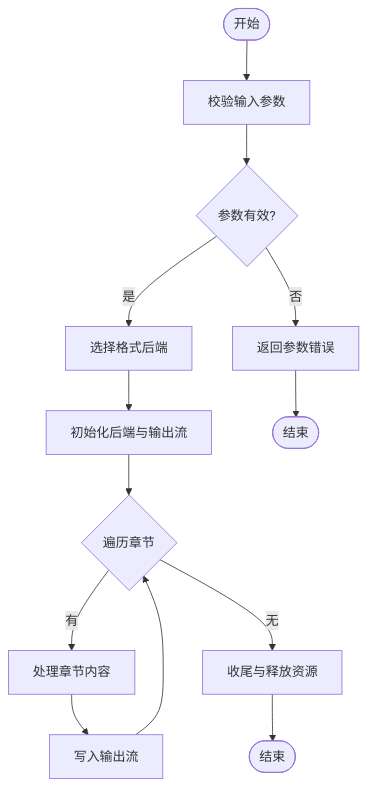
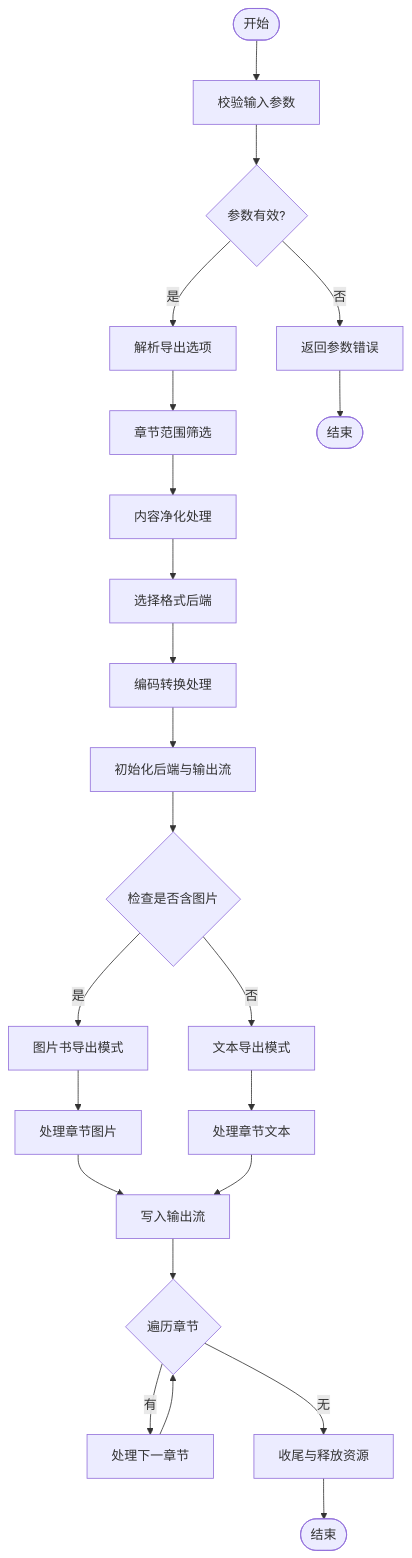
Before and after one commit to ZhangGHGitHub/LegadoTeamFlutter: the fourth of 7 diagrams in .qoder/repowiki/zh/content/书籍处理系统/导出功能.md, drawn with Mermaid. The commit also changed other lines of this file and 173 other files, not shown here.

````diff
--- a/.qoder/repowiki/zh/content/书籍处理系统/导出功能.md
+++ b/.qoder/repowiki/zh/content/书籍处理系统/导出功能.md
@@ -146,15 +273,25 @@
 ```mermaid
 flowchart TD
 Start(["开始"]) --> Validate["校验输入参数"]
 Validate --> Valid{"参数有效?"}
 Valid --> |否| ErrParam["返回参数错误"]
-Valid --> |是| Select["选择格式后端"]
-Select --> Init["初始化后端与输出流"]
-Init --> LoopChapters{"遍历章节"}
-LoopChapters --> |有| Process["处理章节内容"]
-Process --> Write["写入输出流"]
-Write --> LoopChapters
+Valid --> |是| ParseOptions["解析导出选项"]
+ParseOptions --> RangeFilter["章节范围筛选"]
+RangeFilter --> Purify["内容净化处理"]
+Purify --> Select["选择格式后端"]
+Select --> Encode["编码转换处理"]
+Encode --> Init["初始化后端与输出流"]
+Init --> CheckImages{"检查是否含图片"}
+CheckImages --> |是| ImageMode["图片书导出模式"]
+CheckImages --> |否| TextMode["文本导出模式"]
+ImageMode --> ProcessImages["处理章节图片"]
+TextMode --> ProcessText["处理章节文本"]
+ProcessImages --> Write["写入输出流"]
+ProcessText --> Write
+Write --> LoopChapters{"遍历章节"}
+LoopChapters --> |有| Next["处理下一章节"]
 LoopChapters --> |无| Finalize["收尾与释放资源"]
+Next --> LoopChapters
 Finalize --> Done(["结束"])
 ErrParam --> End(["结束"])
 ```
````
